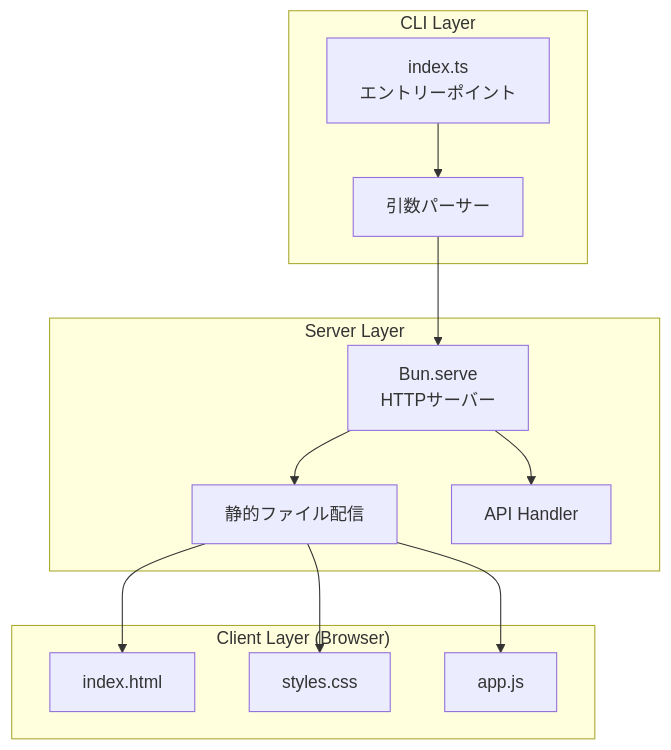
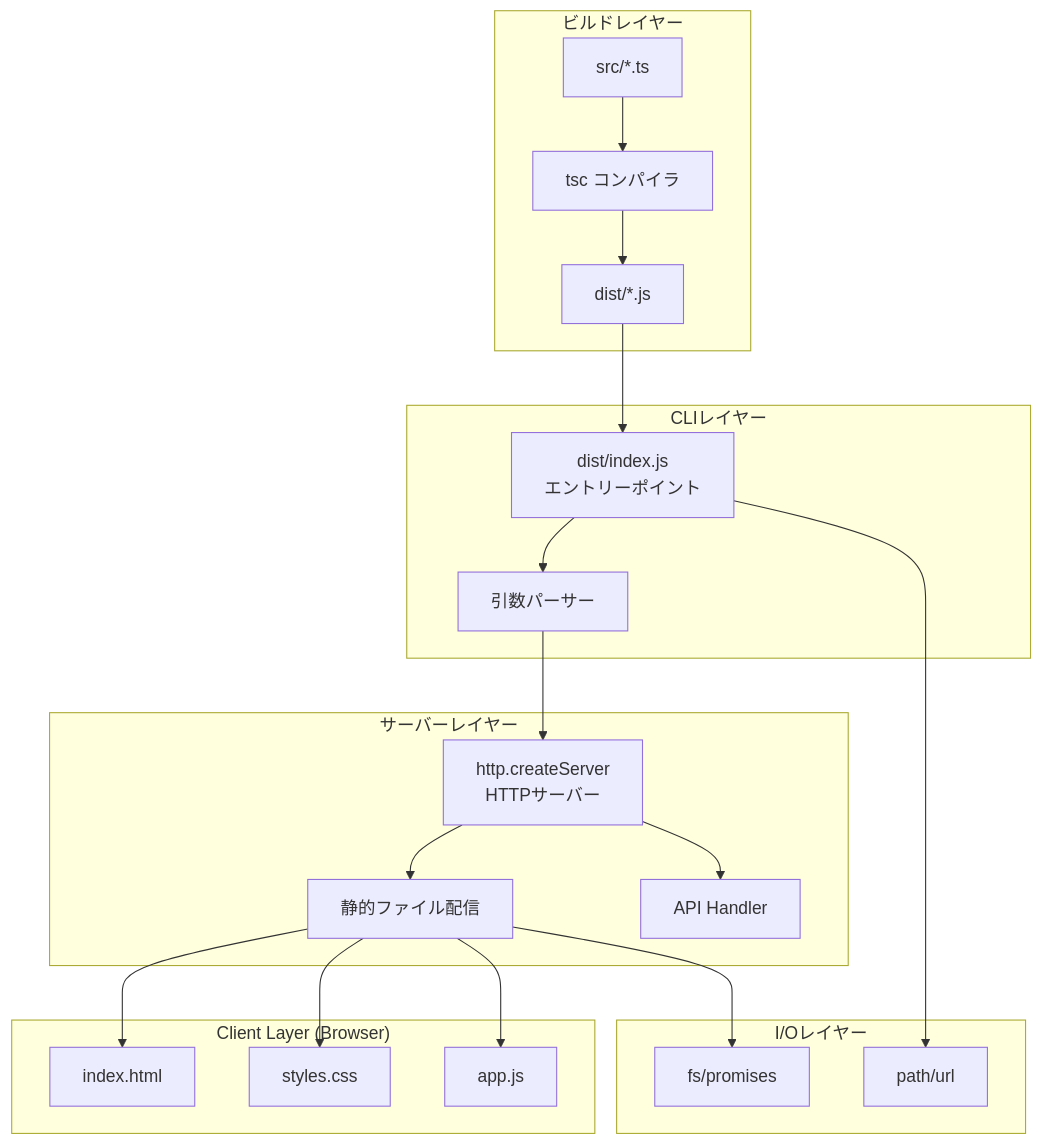
The first of 5 diagrams in .specs/spec/CLI/design.md (rarudo/md-open-browser), drawn with Mermaid before and after one commit. The commit also changed other lines of this file and 10 other files, not shown here.

````diff
--- a/.specs/spec/CLI/design.md
+++ b/.specs/spec/CLI/design.md
@@ -27,24 +28,38 @@
 ```mermaid
 flowchart TB
-    subgraph CLI["CLI Layer"]
-        Entry[index.ts<br/>エントリーポイント]
+    subgraph Build["ビルドレイヤー"]
+        TSC[tsc コンパイラ]
+        SRC[src/*.ts]
+        DIST[dist/*.js]
+    end
+    subgraph CLI["CLIレイヤー"]
+        Entry[dist/index.js<br/>エントリーポイント]
         ArgParser[引数パーサー]
     end
-    subgraph Server["Server Layer"]
-        HTTPServer[Bun.serve<br/>HTTPサーバー]
+    subgraph Server["サーバーレイヤー"]
+        HTTPServer[http.createServer<br/>HTTPサーバー]
         StaticHandler[静的ファイル配信]
         APIHandler[API Handler]
+    end
+    subgraph IO["I/Oレイヤー"]
+        FS[fs/promises]
+        Path[path/url]
     end
     subgraph Client["Client Layer (Browser)"]
         HTML[index.html]
         CSS[styles.css]
         JS[app.js]
     end
+    SRC --> TSC
+    TSC --> DIST
+    DIST --> Entry
     Entry --> ArgParser
     ArgParser --> HTTPServer
     HTTPServer --> StaticHandler
     HTTPServer --> APIHandler
     StaticHandler --> HTML
     StaticHandler --> CSS
     StaticHandler --> JS
+    StaticHandler --> FS
+    Entry --> Path
 ```
````
